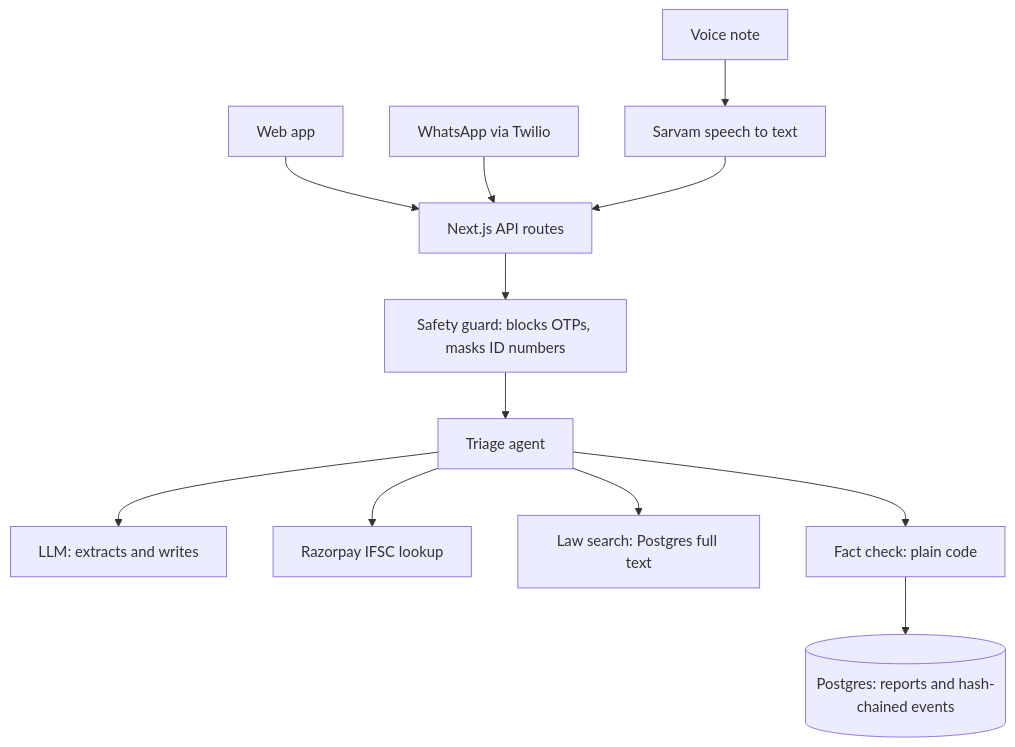
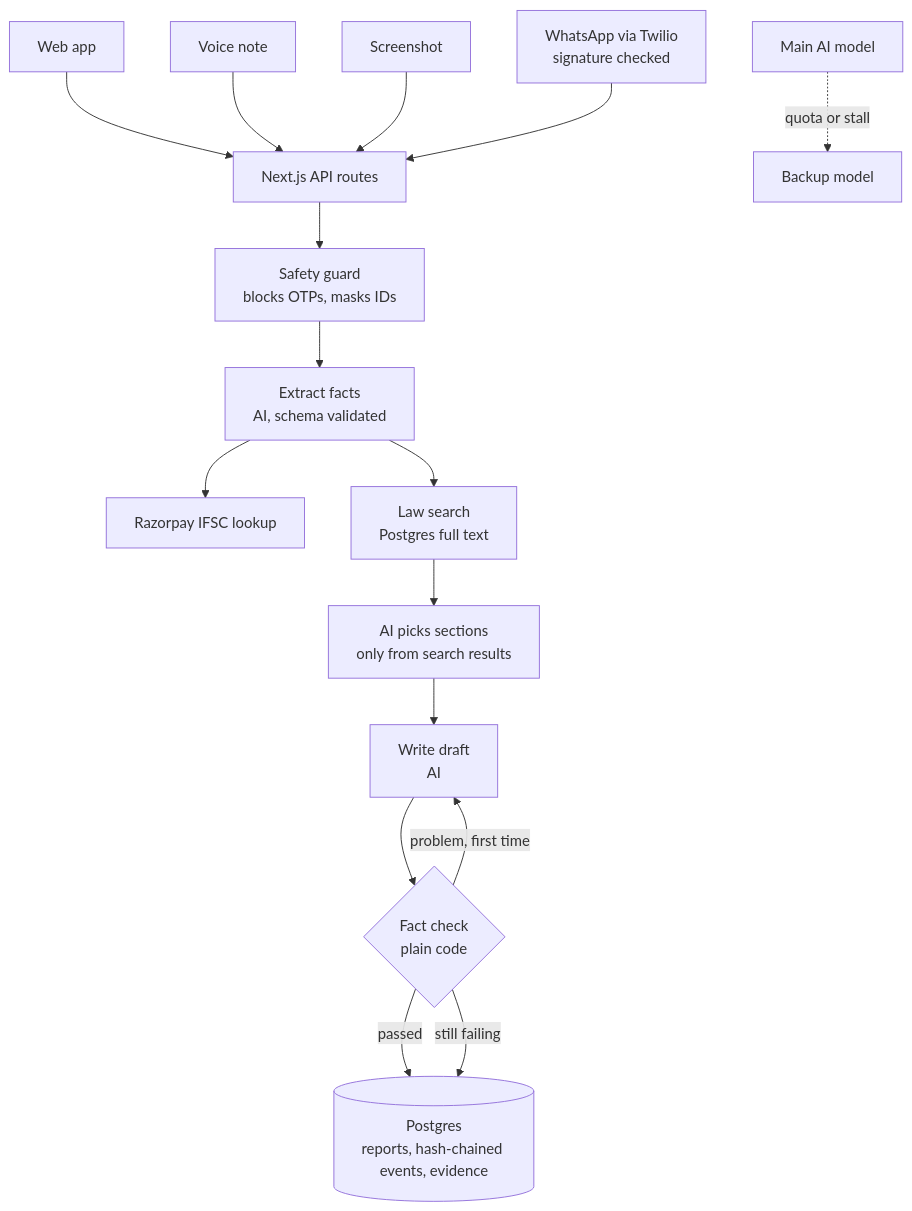
Before and after one commit to aadityaa0523/saakshya: the diagram in README.md, drawn with Mermaid. The commit also changed other lines of this file, not shown here.

Commit message:
Expand the README with features, architecture, failure handling and setup

````diff
--- a/README.md
+++ b/README.md
@@ -13,13 +67,18 @@
 ```mermaid
 flowchart TD
   Web[Web app] --> API[Next.js API routes]
-  WA[WhatsApp via Twilio] --> API
-  Voice[Voice note] --> Speech[Sarvam speech to text] --> API
-  API --> Guard[Safety guard: blocks OTPs, masks ID numbers]
-  Guard --> Agent[Triage agent]
-  Agent --> LLM[LLM: extracts and writes]
-  Agent --> IFSC[Razorpay IFSC lookup]
-  Agent --> Laws[Law search: Postgres full text]
-  Agent --> Check[Fact check: plain code]
-  Check --> DB[(Postgres: reports and hash-chained events)]
+  Voice[Voice note] --> API
+  Shot[Screenshot] --> API
+  WA[WhatsApp via Twilio<br/>signature checked] --> API
+  API --> Guard[Safety guard<br/>blocks OTPs, masks IDs]
+  Guard --> Extract[Extract facts<br/>AI, schema validated]
+  Extract --> IFSC[Razorpay IFSC lookup]
+  Extract --> Laws[Law search<br/>Postgres full text]
+  Laws --> Pick[AI picks sections<br/>only from search results]
+  Pick --> Draft[Write draft<br/>AI]
+  Draft --> Check{Fact check<br/>plain code}
+  Check -- problem, first time --> Draft
+  Check -- passed --> DB[(Postgres<br/>reports, hash-chained events, evidence)]
+  Check -- still failing --> DB
+  LLM[Main AI model] -. quota or stall .-> Backup[Backup model]
 ```
````
